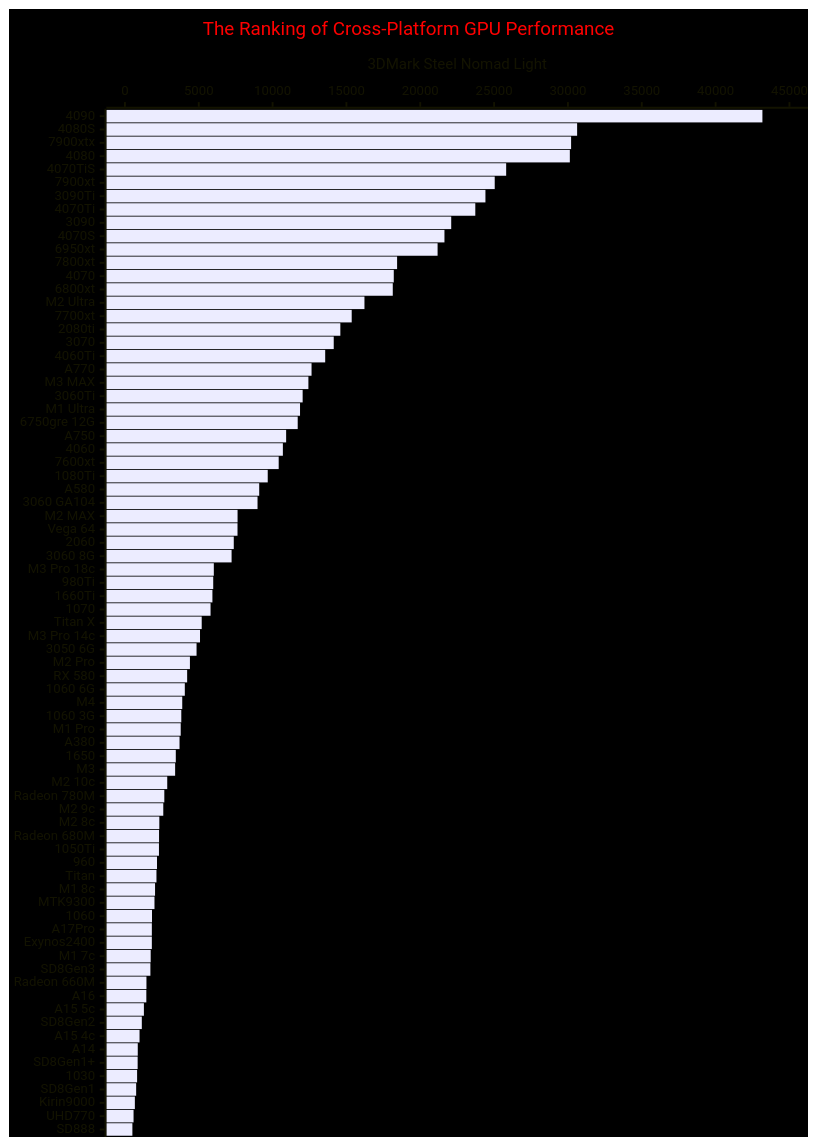
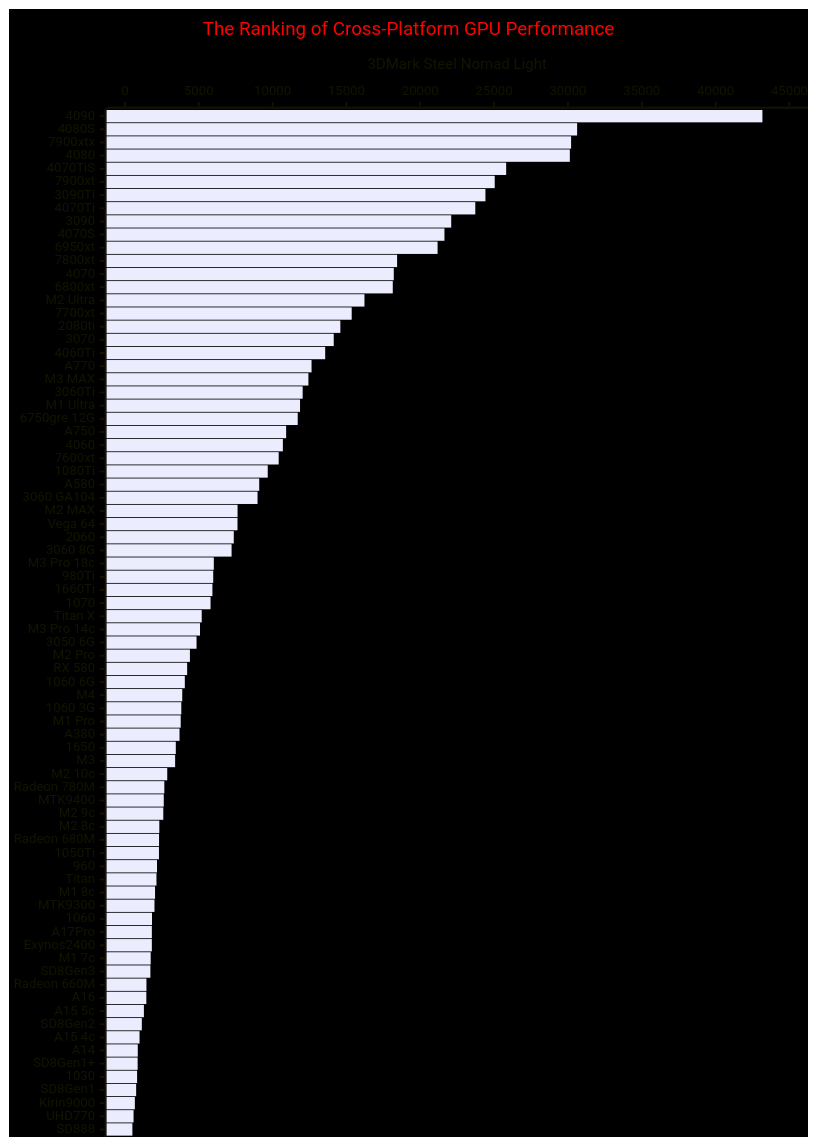
Before and after one commit to METARCHlTECTURE/bcqlr: the diagram in collections/_comp/02-tips/gpu-rank.md, drawn with Mermaid. The commit also changed other lines of this file and 1 other file, not shown here.

````diff
--- a/collections/_comp/02-tips/gpu-rank.md
+++ b/collections/_comp/02-tips/gpu-rank.md
@@ -8,17 +8,17 @@
 ```mermaid
 ---
 config:
     xyChart:
         width: 850
         height: 1200
     themeVariables:
         xyChart:
             backgroundColor: "#000000"
             titleColor: "#ff0000" 
 ---
 xychart-beta horizontal
     title "The Ranking of Cross-Platform GPU Performance"
-    x-axis [4090, 4080S, 7900xtx, 4080, 4070TiS, 7900xt, 3090Ti, 4070Ti, 3090, 4070S, 6950xt, 7800xt, 4070, 6800xt, "M2 Ultra", 7700xt, 2080ti, 3070, 4060Ti, A770, "M3 MAX", 3060Ti, "M1 Ultra", "6750gre 12G", A750, 4060, 7600xt, 1080Ti, A580, "3060 GA104", "M2 MAX", "Vega 64", 2060, "3060 8G", "M3 Pro 18c", 980Ti, 1660Ti, 1070, "Titan X", "M3 Pro 14c", "3050 6G", "M2 Pro", "RX 580", "1060 6G", M4, "1060 3G", "M1 Pro", A380, 1650, M3, "M2 10c", "Radeon 780M",  "M2 9c", "M2 8c", "Radeon 680M", 1050Ti, 960, Titan, "M1 8c", MTK9300, 1060, A17Pro, Exynos2400, "M1 7c", SD8Gen3, "Radeon 660M", A16, "A15 5c", SD8Gen2, "A15 4c", A14, SD8Gen1+, 1030, SD8Gen1, Kirin9000, UHD770, SD888]
+    x-axis [4090, 4080S, 7900xtx, 4080, 4070TiS, 7900xt, 3090Ti, 4070Ti, 3090, 4070S, 6950xt, 7800xt, 4070, 6800xt, "M2 Ultra", 7700xt, 2080ti, 3070, 4060Ti, A770, "M3 MAX", 3060Ti, "M1 Ultra", "6750gre 12G", A750, 4060, 7600xt, 1080Ti, A580, "3060 GA104", "M2 MAX", "Vega 64", 2060, "3060 8G", "M3 Pro 18c", 980Ti, 1660Ti, 1070, "Titan X", "M3 Pro 14c", "3050 6G", "M2 Pro", "RX 580", "1060 6G", M4, "1060 3G", "M1 Pro", A380, 1650, M3, "M2 10c", "Radeon 780M", MTK9400, "M2 9c", "M2 8c", "Radeon 680M", 1050Ti, 960, Titan, "M1 8c", MTK9300, 1060, A17Pro, Exynos2400, "M1 7c", SD8Gen3, "Radeon 660M", A16, "A15 5c", SD8Gen2, "A15 4c", A14, SD8Gen1+, 1030, SD8Gen1, Kirin9000, UHD770, SD888]
     y-axis "3DMark Steel Nomad Light" 0 --> 45000
-    bar [43169, 30622, 30214, 30128, 25817, 25042, 24413, 23727, 22096, 21638, 21173, 18431, 18206, 18138, 16221, 15357, 14588, 14140, 13562, 12638, 12425, 12035, 11858, 11701, 10917, 10696, 10413, 9671, 9094, 8980, 7628, 7624, 7371, 7223, 6020, 5980, 5925, 5799, 5200, 5085, 4851, 4402, 4214, 4056, 3882, 3818, 3778, 3698, 3445, 3400, 2866, 2668, 2598, 2330, 2311, 2305, 2173, 2136, 2040, 2002, 1834, 1824, 1823, 1745, 1725, 1458, 1450, 1285, 1144, 990, 870, 862, 825, 761, 673, 585, 506]
+    bar [43169, 30622, 30214, 30128, 25817, 25042, 24413, 23727, 22096, 21638, 21173, 18431, 18206, 18138, 16221, 15357, 14588, 14140, 13562, 12638, 12425, 12035, 11858, 11701, 10917, 10696, 10413, 9671, 9094, 8980, 7628, 7624, 7371, 7223, 6020, 5980, 5925, 5799, 5200, 5085, 4851, 4402, 4214, 4056, 3882, 3818, 3778, 3698, 3445, 3400, 2866, 2668, 2630, 2598, 2330, 2311, 2305, 2173, 2136, 2040, 2002, 1834, 1824, 1823, 1745, 1725, 1458, 1450, 1285, 1144, 990, 870, 862, 825, 761, 673, 585, 506]
 ```
````
